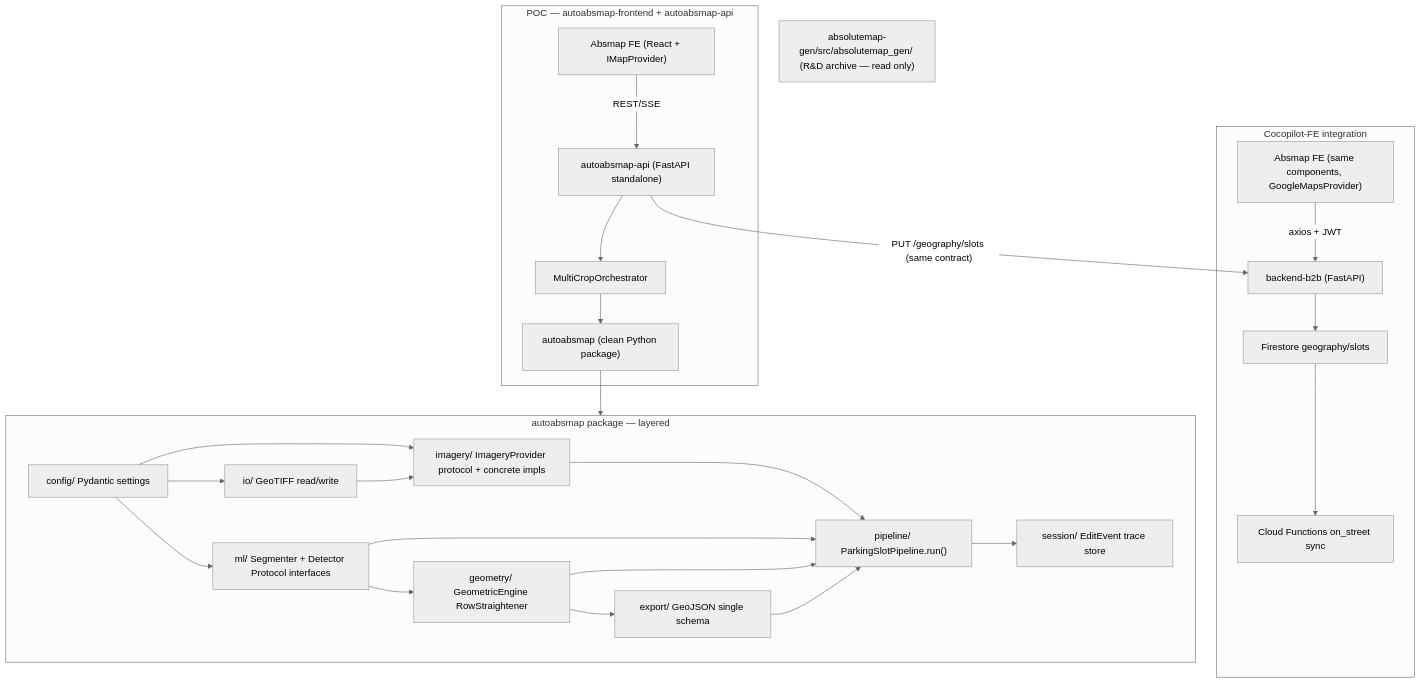
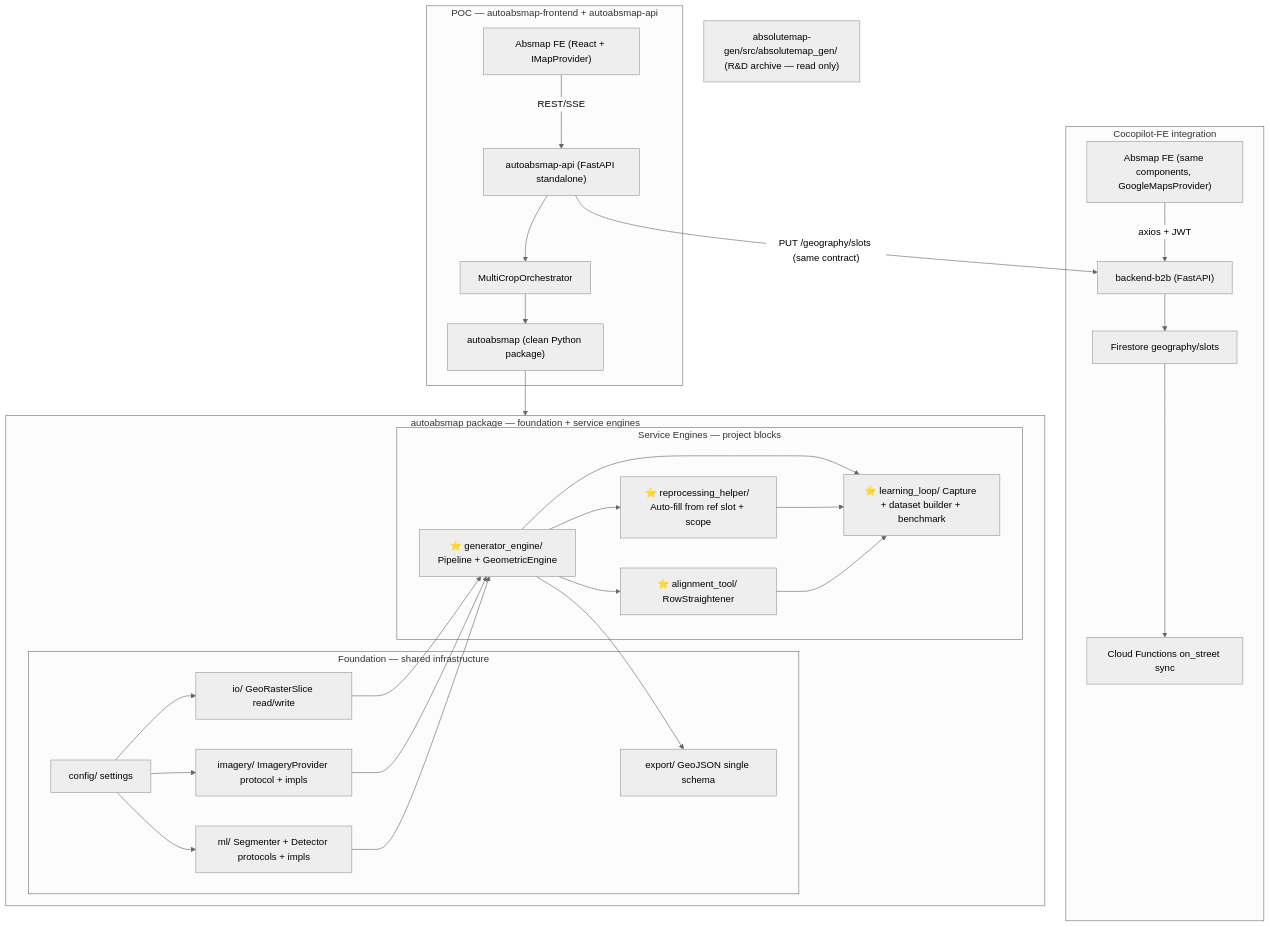
One commit to youssouf-sagaf/autocalib changed the first of 2 diagrams in autoabsmap_architecture.md. Above: the diagram before and after it, drawn with Mermaid (neutral theme). The commit also changed other lines of this file and 38 other files, not shown here.

````diff
--- a/autoabsmap_architecture.md
+++ b/autoabsmap_architecture.md
@@ -16,50 +32,58 @@
 ```mermaid
 flowchart TD
     subgraph poc [POC — autoabsmap-frontend + autoabsmap-api]
         UI_POC["Absmap FE (React + IMapProvider)"]
         API_POC["autoabsmap-api (FastAPI standalone)"]
         Orch["MultiCropOrchestrator"]
         Pkg["autoabsmap (clean Python package)"]
         UI_POC -->|"REST/SSE"| API_POC
         API_POC --> Orch
         Orch --> Pkg
     end
 
     subgraph integration [Cocopilot-FE integration]
         UI_INT["Absmap FE (same components, GoogleMapsProvider)"]
         B2B["backend-b2b (FastAPI)"]
         Firestore["Firestore geography/slots"]
         CF["Cloud Functions on_street sync"]
         UI_INT -->|"axios + JWT"| B2B
         B2B --> Firestore
         Firestore --> CF
     end
 
     API_POC -->|"PUT /geography/slots (same contract)"| B2B
 
-    subgraph autoabsmap_layers [autoabsmap package — layered]
-        config["config/ Pydantic settings"]
-        io_layer["io/ GeoTIFF read/write"]
-        imagery["imagery/ ImageryProvider protocol + concrete impls"]
-        ml["ml/ Segmenter + Detector Protocol interfaces"]
-        geometry["geometry/ GeometricEngine RowStraightener"]
-        export_layer["export/ GeoJSON single schema"]
-        pipeline_layer["pipeline/ ParkingSlotPipeline.run()"]
-        session_layer["session/ EditEvent trace store"]
+    subgraph autoabsmap_pkg [autoabsmap package — foundation + service engines]
 
-        config --> io_layer
-        config --> imagery
-        config --> ml
-        io_layer --> imagery
-        ml --> geometry
-        geometry --> export_layer
-        imagery --> pipeline_layer
-        ml --> pipeline_layer
-        geometry --> pipeline_layer
-        export_layer --> pipeline_layer
-        pipeline_layer --> session_layer
+        subgraph foundation [Foundation — shared infrastructure]
+            config["config/ settings"]
+            io_layer["io/ GeoRasterSlice read/write"]
+            imagery["imagery/ ImageryProvider protocol + impls"]
+            ml["ml/ Segmenter + Detector protocols + impls"]
+            export_layer["export/ GeoJSON single schema"]
+            config --> io_layer
+            config --> imagery
+            config --> ml
+        end
+
+        subgraph engines [Service Engines — project blocks]
+            gen["⭐ generator_engine/ Pipeline + GeometricEngine"]
+            reproc["⭐ reprocessing_helper/ Auto-fill from ref slot + scope"]
+            align["⭐ alignment_tool/ RowStraightener"]
+            loop_eng["⭐ learning_loop/ Capture + dataset builder + benchmark"]
+        end
+
+        io_layer --> gen
+        imagery --> gen
+        ml --> gen
+        gen --> export_layer
+        gen --> reproc
+        gen --> align
+        gen --> loop_eng
+        reproc --> loop_eng
+        align --> loop_eng
     end
 
-    Pkg --> autoabsmap_layers
+    Pkg --> autoabsmap_pkg
     RD["absolutemap-gen/src/absolutemap_gen/ (R&D archive — read only)"]
 ```
````
